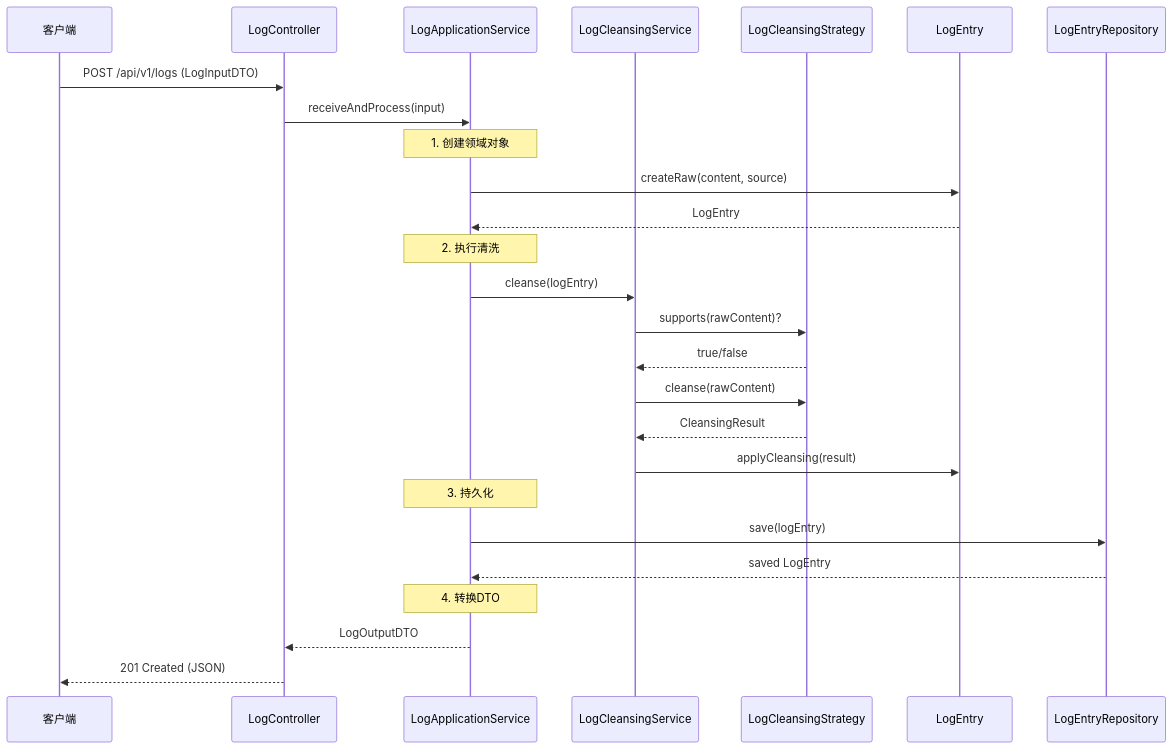
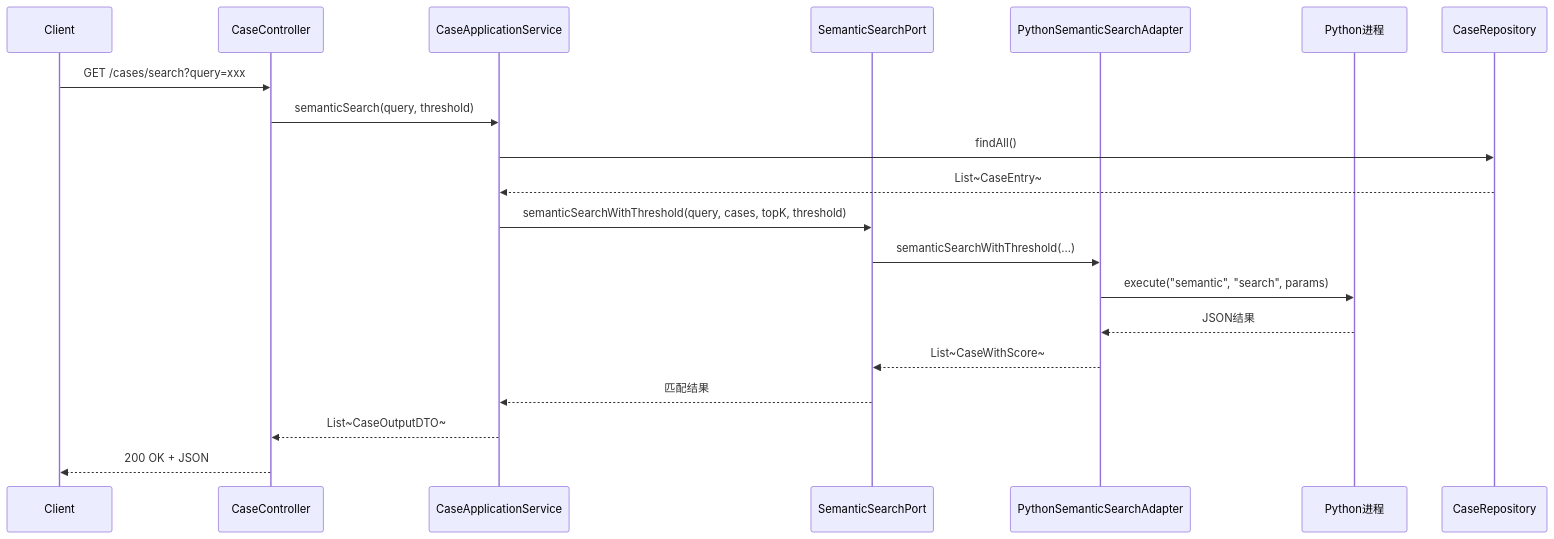
The fourth of 7 diagrams in README.md (jackjiang9627-hash/keke), drawn with Mermaid before and after one commit. The commit also changed other lines of this file and 50 other files, not shown here.

````diff
--- a/README.md
+++ b/README.md
@@ -1187,33 +717,23 @@
 ```mermaid
 sequenceDiagram
-    participant Client as 客户端
-    participant Controller as LogController
-    participant AppService as LogApplicationService
-    participant CleansingService as LogCleansingService
-    participant Strategy as LogCleansingStrategy
-    participant Entity as LogEntry
-    participant Repository as LogEntryRepository
-
-    Client->>Controller: POST /api/v1/logs (LogInputDTO)
-    Controller->>AppService: receiveAndProcess(input)
+    participant C as Client
+    participant Ctrl as CaseController
+    participant App as CaseApplicationService
+    participant Port as SemanticSearchPort
+    participant Adapter as PythonSemanticSearchAdapter
+    participant Python as Python进程
+    participant Repo as CaseRepository
     
-    Note over AppService: 1. 创建领域对象
-    AppService->>Entity: createRaw(content, source)
-    Entity-->>AppService: LogEntry
-    
-    Note over AppService: 2. 执行清洗
-    AppService->>CleansingService: cleanse(logEntry)
-    CleansingService->>Strategy: supports(rawContent)?
-    Strategy-->>CleansingService: true/false
-    CleansingService->>Strategy: cleanse(rawContent)
-    Strategy-->>CleansingService: CleansingResult
-    CleansingService->>Entity: applyCleansing(result)
-    
-    Note over AppService: 3. 持久化
-    AppService->>Repository: save(logEntry)
-    Repository-->>AppService: saved LogEntry
-    
-    Note over AppService: 4. 转换DTO
-    AppService-->>Controller: LogOutputDTO
-    Controller-->>Client: 201 Created (JSON)
+    C->>Ctrl: GET /cases/search?query=xxx
+    Ctrl->>App: semanticSearch(query, threshold)
+    App->>Repo: findAll()
+    Repo-->>App: List~CaseEntry~
+    App->>Port: semanticSearchWithThreshold(query, cases, topK, threshold)
+    Port->>Adapter: semanticSearchWithThreshold(...)
+    Adapter->>Python: execute("semantic", "search", params)
+    Python-->>Adapter: JSON结果
+    Adapter-->>Port: List~CaseWithScore~
+    Port-->>App: 匹配结果
+    App-->>Ctrl: List~CaseOutputDTO~
+    Ctrl-->>C: 200 OK + JSON
 ```
````
